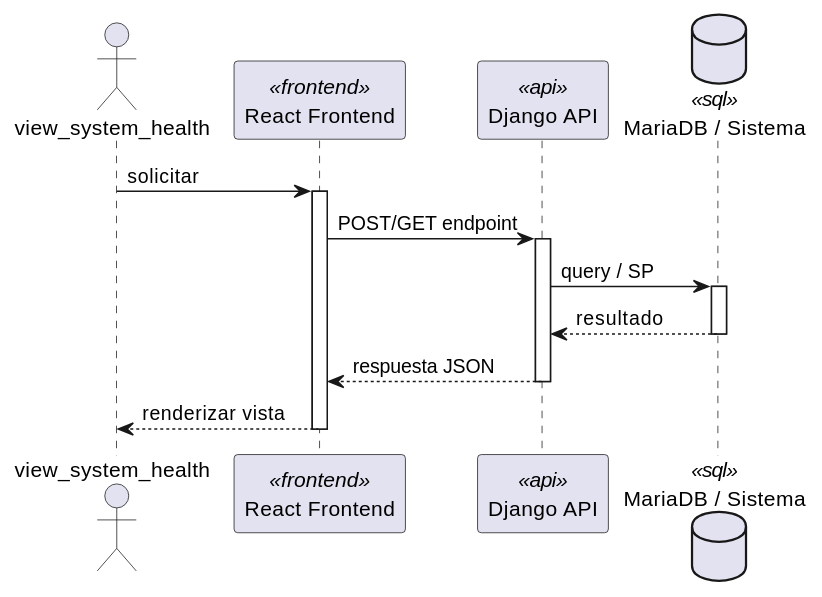
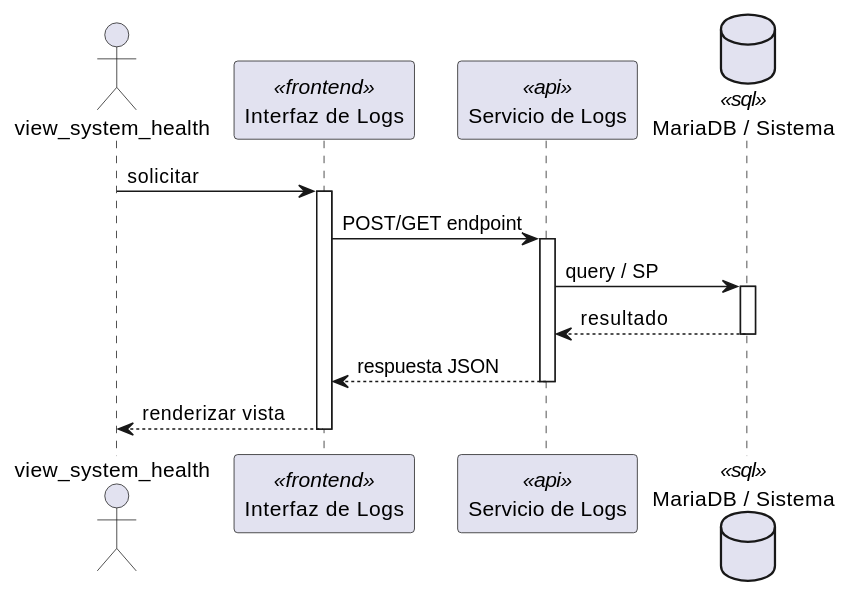
Before and after one commit to jcg-admin/IACT-docs: the first of 2 diagrams in source/arquitectura-tecnica/DesignView/log-06.rst, drawn with PlantUML. The commit also changed other lines of this file and 243 other files, not shown here.

First line of the commit message:
Add missing diagrams and fix participant names across Kruchten views

```diff
--- a/source/arquitectura-tecnica/DesignView/log-06.rst
+++ b/source/arquitectura-tecnica/DesignView/log-06.rst
@@ -22,28 +22,28 @@
 .. uml::
  :caption: UC_LOG_06 — Design View (secuencia)
 
  @startuml
 
  actor "view_system_health" as view_system_health
- participant "React Frontend" as Frontend <<frontend>>
- participant "Django API" as APIServer <<api>>
- database "MariaDB / Sistema" as BaseDatos <<sql>>
+ participant "Interfaz de Logs" as Iface <<frontend>>
+ participant "Servicio de Logs" as SvcNode <<api>>
+ database "MariaDB / Sistema" as Store <<sql>>
 
- view_system_health -> Frontend : solicitar
- activate Frontend
+ view_system_health -> Iface : solicitar
+ activate Iface
 
- Frontend -> APIServer : POST/GET endpoint
- activate APIServer
+ Iface -> SvcNode : POST/GET endpoint
+ activate SvcNode
 
- APIServer -> BaseDatos : query / SP
- activate BaseDatos
- BaseDatos --> APIServer : resultado
- deactivate BaseDatos
+ SvcNode -> Store : query / SP
+ activate Store
+ Store --> SvcNode : resultado
+ deactivate Store
 
- APIServer --> Frontend : respuesta JSON
- deactivate APIServer
+ SvcNode --> Iface : respuesta JSON
+ deactivate SvcNode
 
- Frontend --> view_system_health : renderizar vista
- deactivate Frontend
+ Iface --> view_system_health : renderizar vista
+ deactivate Iface
 
  @enduml
```
